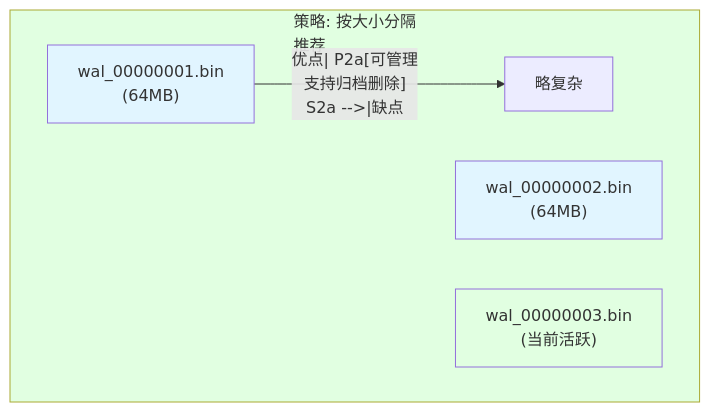
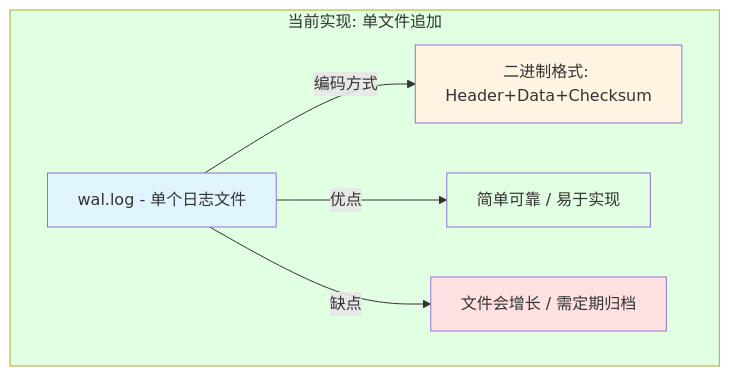
Before and after one commit to jzhang405/NexKV: the fourth of 7 diagrams in docs/02_design/modules/03_WAL崩溃恢复.md, drawn with Mermaid. The commit also changed other lines of this file and 14 other files, not shown here.

First line of the commit message:
docs: 添加实现状态分析与开发路线图

````diff
--- a/docs/02_design/modules/03_WAL崩溃恢复.md
+++ b/docs/02_design/modules/03_WAL崩溃恢复.md
@@ -138,15 +178,15 @@
 ```mermaid
 flowchart TD
-    subgraph 策略2 ["策略: 按大小分隔<br/>推荐"]
-        S2a["wal_00000001.bin<br/>(64MB)"]
-        S2b["wal_00000002.bin<br/>(64MB)"]
-        S2c["wal_00000003.bin<br/>(当前活跃)"]
-        S2a -->|"优点| P2a[可管理<br/>支持归档删除]
-        S2a -->|"缺点| P2b[略复杂]
+    subgraph 当前 [当前实现: 单文件追加]
+        WAL1[wal.log - 单个日志文件]
+        WAL1 -->|编码方式| ENC[二进制格式: Header+Data+Checksum]
+        WAL1 -->|优点| P1[简单可靠 / 易于实现]
+        WAL1 -->|缺点| P2[文件会增长 / 需定期归档]
     end
 
-    style 策略2 fill:#e1ffe1
-    style S2a fill:#e1f5ff
-    style S2b fill:#e1f5ff
-    style S2c fill:#e1ffe1
+    style 当前 fill:#e1ffe1
+    style WAL1 fill:#e1f5ff
+    style ENC fill:#fff4e1
+    style P1 fill:#e1ffe1
+    style P2 fill:#ffe1e1
 ```
````
